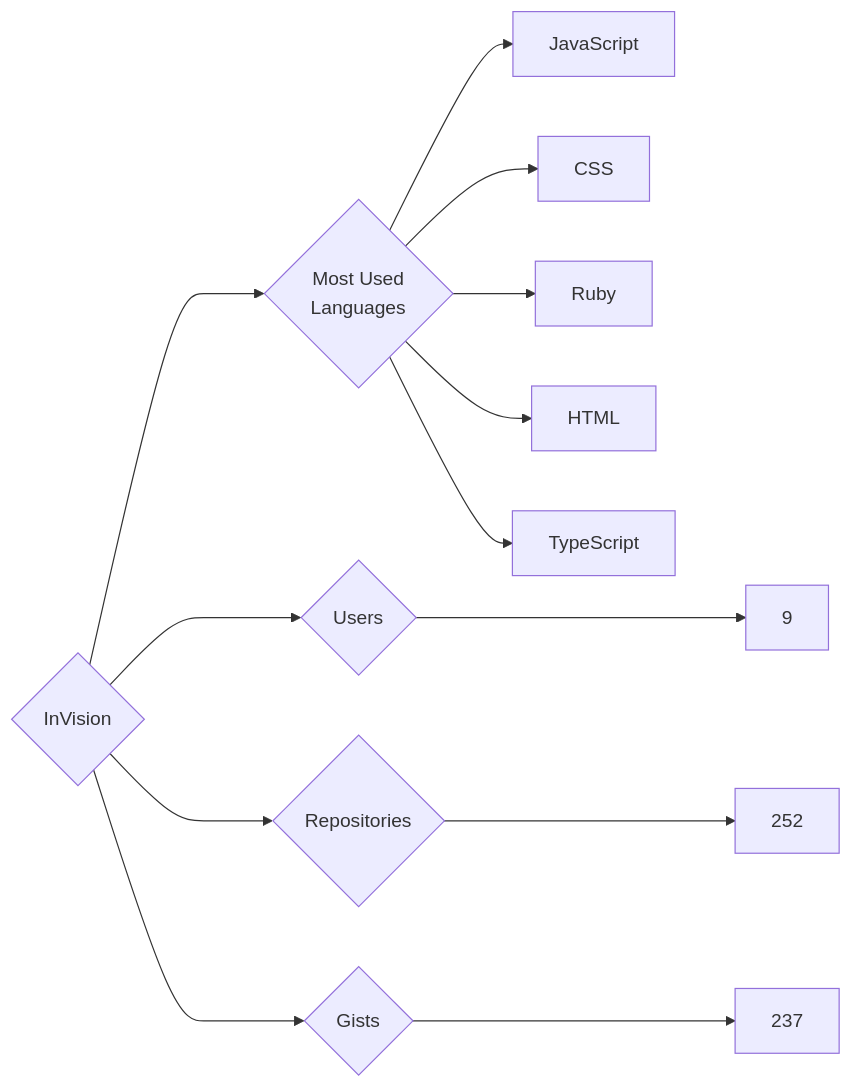
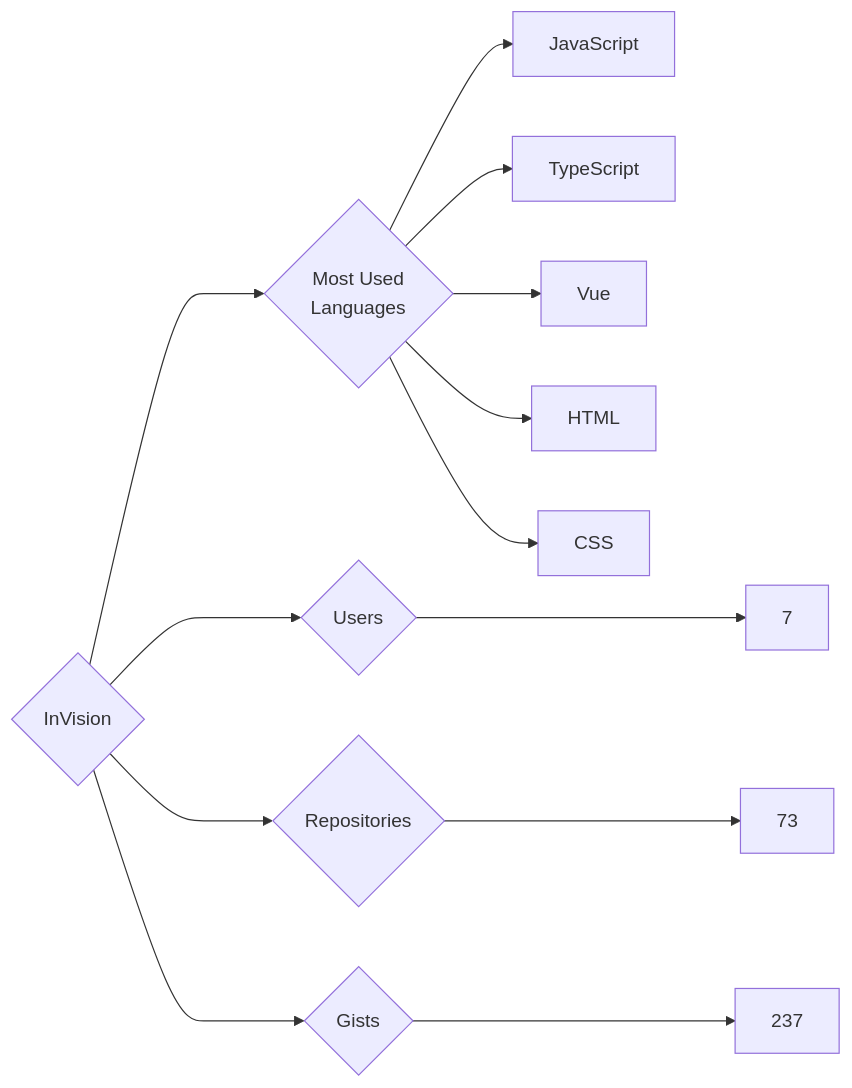
Before and after one commit to trickest/insiders: the diagram in targets/InVision/README.md, drawn with Mermaid. The commit also changed 688 other files, not shown here.

````diff
--- a/targets/InVision/README.md
+++ b/targets/InVision/README.md
@@ -3,13 +3,13 @@
 ```mermaid
 graph LR
 COMPANY_NAME{InVision}
-COMPANY_NAME ---> U{Users} ---> UN[9]
-COMPANY_NAME ---> R{Repositories} ---> RN[252]
+COMPANY_NAME ---> U{Users} ---> UN[7]
+COMPANY_NAME ---> R{Repositories} ---> RN[73]
 COMPANY_NAME ---> G{Gists} ---> GN[237]
 COMPANY_NAME ---> ML{Most Used<br>Languages}
 ML --> JavaScript[JavaScript]
+ML --> TypeScript[TypeScript]
+ML --> Vue[Vue]
+ML --> HTML[HTML]
 ML --> CSS[CSS]
-ML --> Ruby[Ruby]
-ML --> HTML[HTML]
-ML --> TypeScript[TypeScript]
 ```
````
